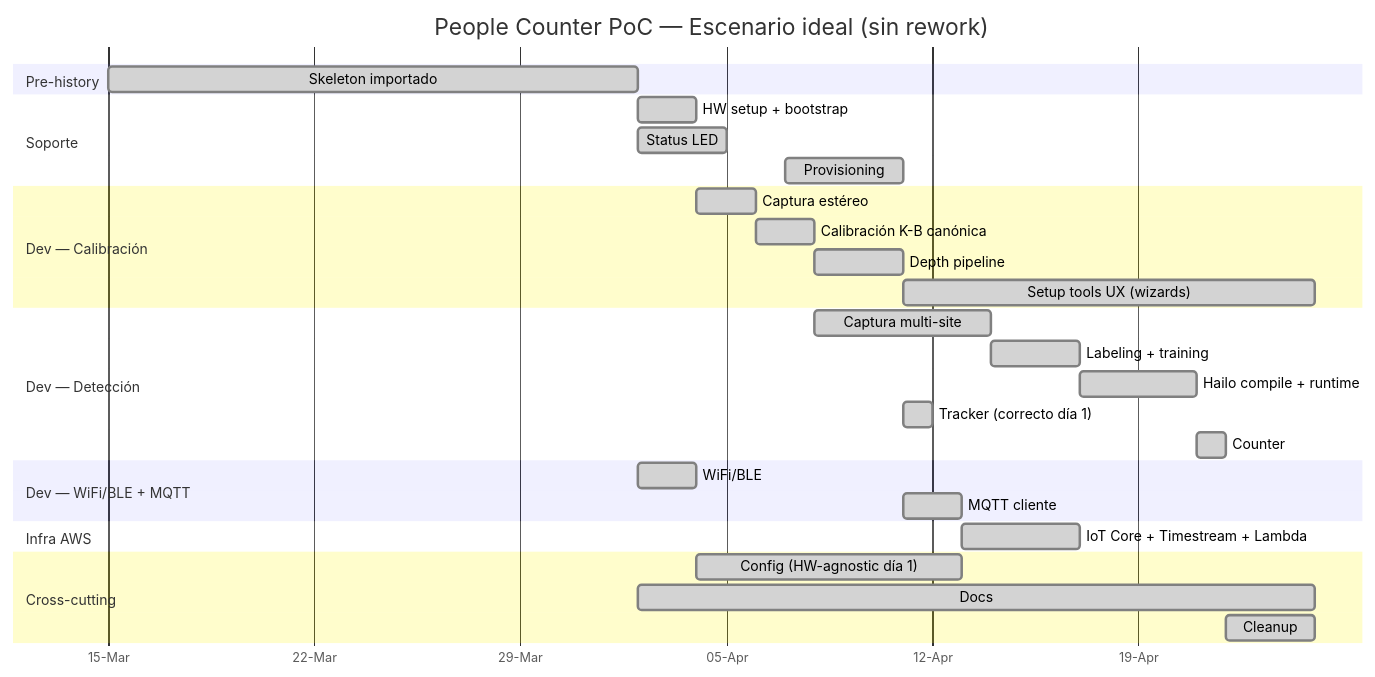
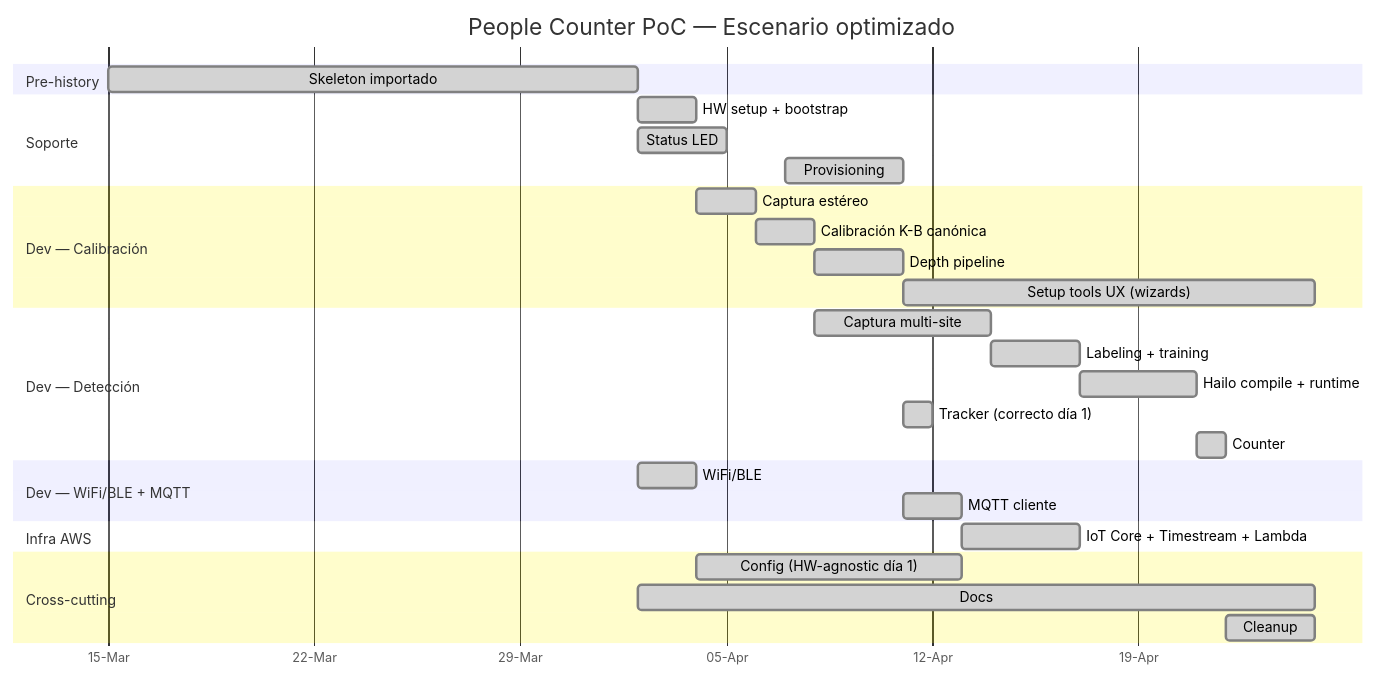
Before and after one commit to maurogasparri/people-counter: the second of 2 diagrams in docs/project-gantt.md, drawn with Mermaid. The commit also changed other lines of this file and 5 other files, not shown here.

````diff
--- a/docs/project-gantt.md
+++ b/docs/project-gantt.md
@@ -538,39 +549,39 @@
 ```mermaid
 gantt
-    title People Counter PoC — Escenario ideal (sin rework)
+    title People Counter PoC — Escenario optimizado
     dateFormat YYYY-MM-DD
     axisFormat %d-%b
 
     section Pre-history
     Skeleton importado            :done, t00i, 2026-03-15, 18d
 
     section Soporte
     HW setup + bootstrap          :done, t01i, after t00i, 2d
     Status LED                    :done, t07i, 2026-04-02, 3d
     Provisioning                  :done, t11i, 2026-04-07, 4d
 
     section Dev — Calibración
     Captura estéreo               :done, t02i, after t01i, 2d
     Calibración K-B canónica      :done, t03i, after t02i, 2d
     Depth pipeline                :done, t04i, after t03i, 3d
     Setup tools UX (wizards)      :done, t05i, after t04i, 14d
 
     section Dev — Detección
     Captura multi-site            :done, t12i, after t03i, 6d
     Labeling + training           :done, t13i, after t12i, 3d
     Hailo compile + runtime       :done, t14i, after t13i, 4d
     Tracker (correcto día 1)      :done, t15i, after t04i, 1d
     Counter                       :done, t16i, after t14i, 1d
 
     section Dev — WiFi/BLE + MQTT
     WiFi/BLE                      :done, t06i, 2026-04-02, 2d
     MQTT cliente                  :done, t09i, after t04i, 2d
 
     section Infra AWS
     IoT Core + Timestream + Lambda :done, t10i, after t09i, 4d
 
     section Cross-cutting
     Config (HW-agnostic día 1)    :done, t08i, after t01i, 9d
     Docs                          :done, t17i, 2026-04-02, 23d
     Cleanup                       :done, t19i, after t16i, 3d
 ```
````
